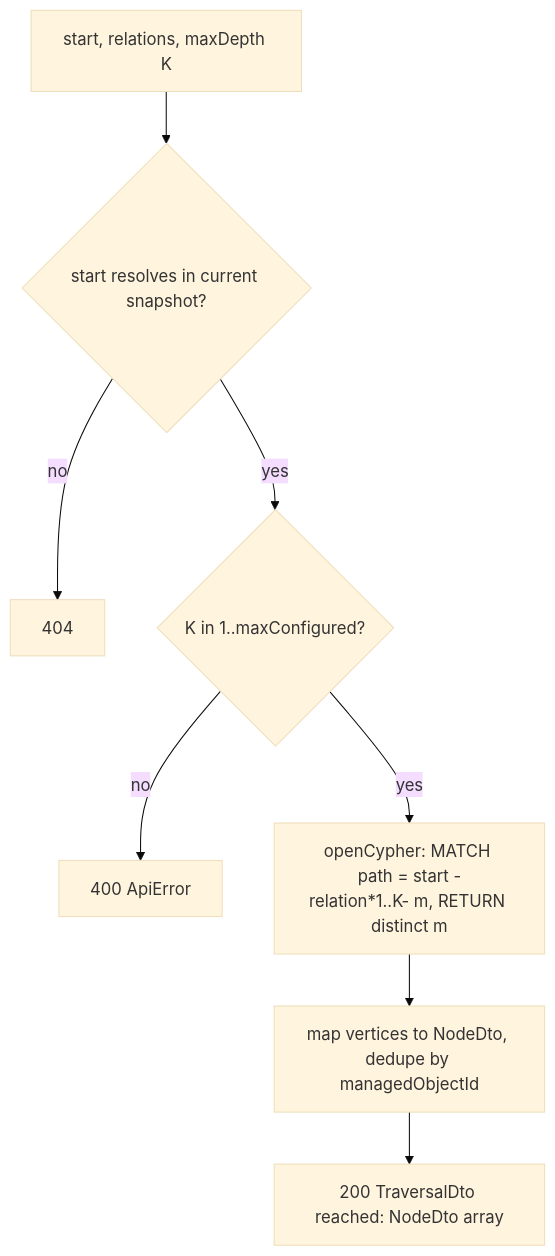
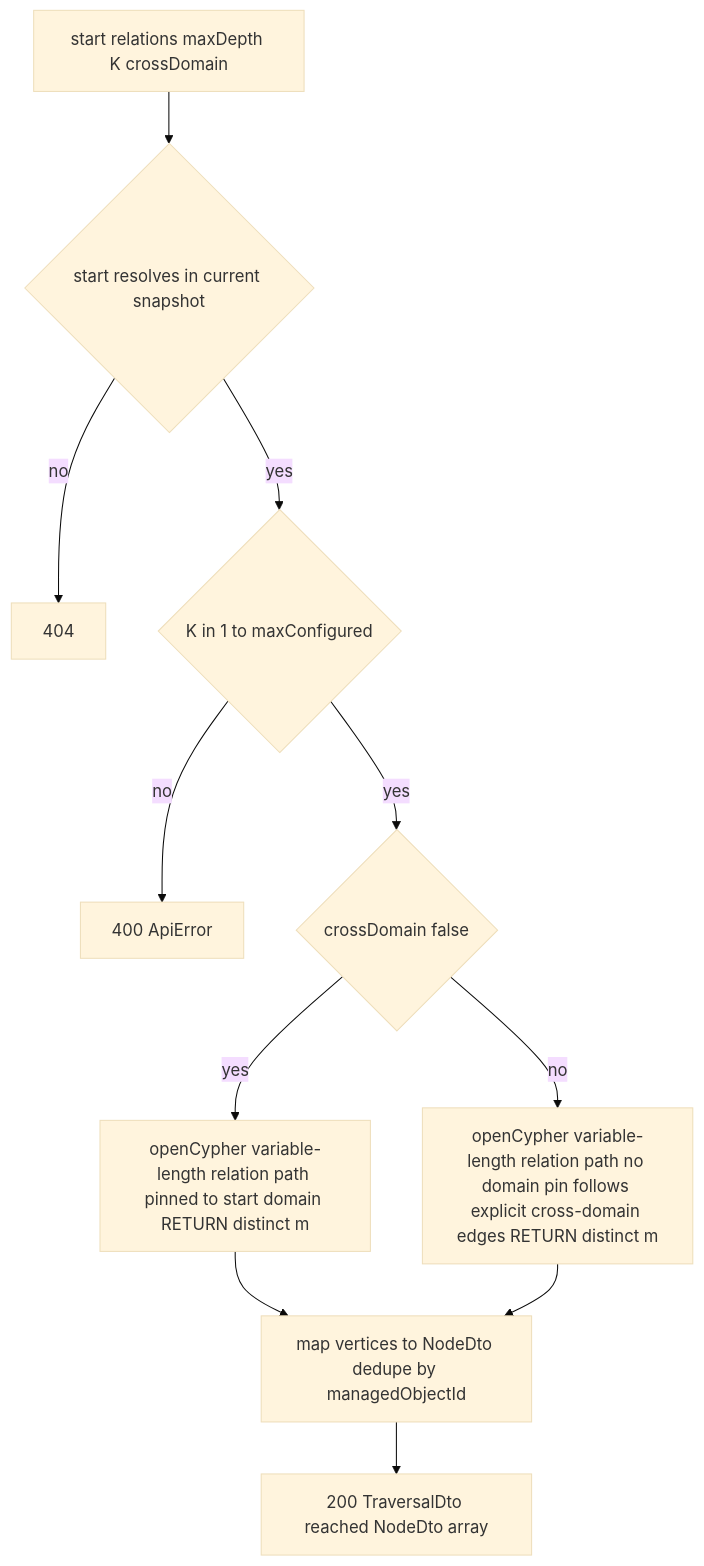
One commit to nikhilmohan/correlation-platform changed the ninth of 9 diagrams in services/topology/design.md. Above: the diagram before and after it, drawn with Mermaid (base theme). The commit also changed other lines of this file, not shown here.

Commit message:
design(topology): domain isolation + Site/LOCATED_AT + attributes + Knowledge-vocab validation

````diff
--- a/services/topology/design.md
+++ b/services/topology/design.md
@@ -446,10 +631,13 @@
 ```mermaid
 flowchart TD
-  A["start, relations, maxDepth K"] --> B{start resolves in current snapshot?}
+  A[start relations maxDepth K crossDomain] --> B{start resolves in current snapshot}
   B -- no --> N[404]
-  B -- yes --> C{K in 1..maxConfigured?}
+  B -- yes --> C{K in 1 to maxConfigured}
   C -- no --> E[400 ApiError]
-  C -- yes --> D["openCypher: MATCH path = start -relation*1..K- m, RETURN distinct m"]
-  D --> F[map vertices to NodeDto, dedupe by managedObjectId]
-  F --> G["200 TraversalDto reached: NodeDto array"]
+  C -- yes --> P{crossDomain false}
+  P -- yes --> D1[openCypher variable-length relation path pinned to start domain RETURN distinct m]
+  P -- no --> D2[openCypher variable-length relation path no domain pin follows explicit cross-domain edges RETURN distinct m]
+  D1 --> F[map vertices to NodeDto dedupe by managedObjectId]
+  D2 --> F
+  F --> G[200 TraversalDto reached NodeDto array]
 ```
````
